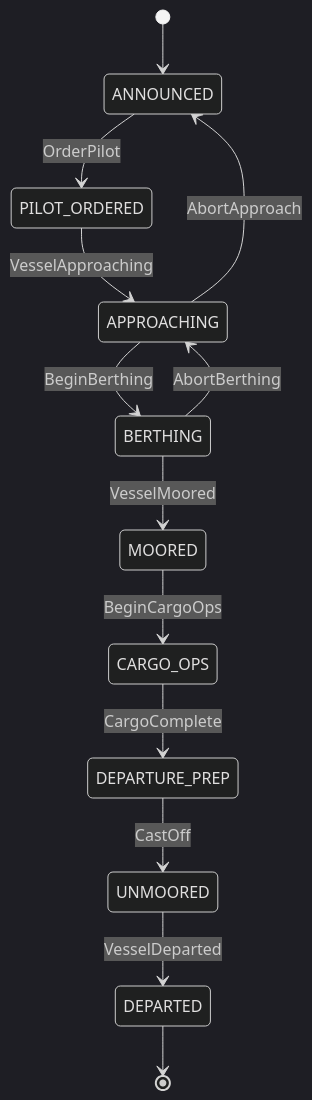
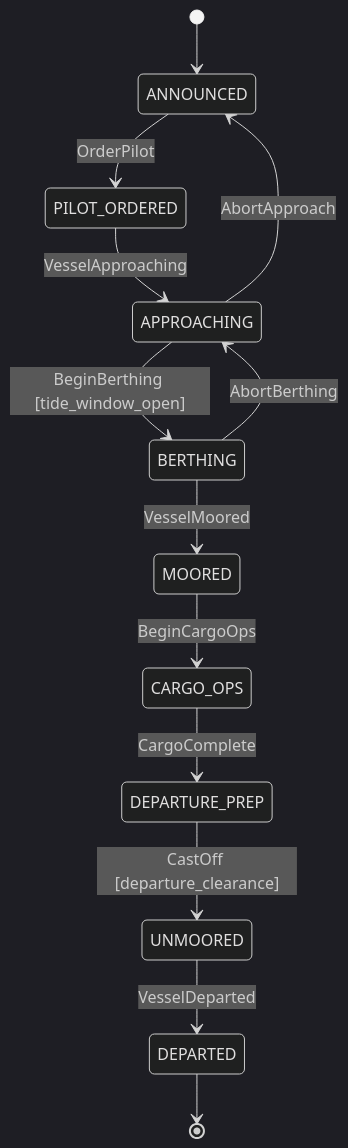
The diagram in generated/vessel_traffic/diagrams/voyage_status_state.mmd (opensourcedruidhills/muscovite-harbor), drawn with Mermaid (dark theme) before and after one commit. The commit also changed 1295 other files, not shown here.

```diff
--- a/generated/vessel_traffic/diagrams/voyage_status_state.mmd
+++ b/generated/vessel_traffic/diagrams/voyage_status_state.mmd
@@ -1,13 +1,13 @@
 stateDiagram-v2
     [*] --> ANNOUNCED
     ANNOUNCED --> PILOT_ORDERED : OrderPilot
     PILOT_ORDERED --> APPROACHING : VesselApproaching
-    APPROACHING --> BERTHING : BeginBerthing
+    APPROACHING --> BERTHING : BeginBerthing [tide_window_open]
     BERTHING --> MOORED : VesselMoored
     MOORED --> CARGO_OPS : BeginCargoOps
     CARGO_OPS --> DEPARTURE_PREP : CargoComplete
-    DEPARTURE_PREP --> UNMOORED : CastOff
+    DEPARTURE_PREP --> UNMOORED : CastOff [departure_clearance]
     UNMOORED --> DEPARTED : VesselDeparted
     APPROACHING --> ANNOUNCED : AbortApproach
     BERTHING --> APPROACHING : AbortBerthing
     DEPARTED --> [*]
```
